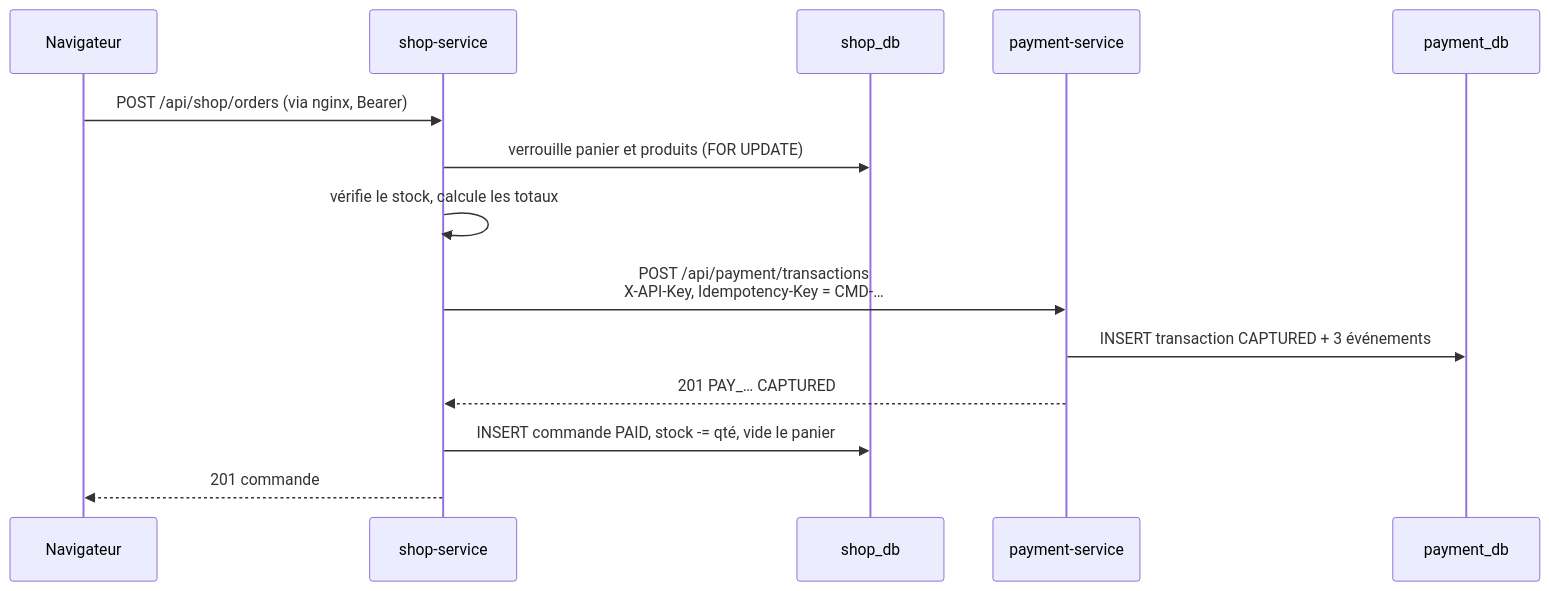
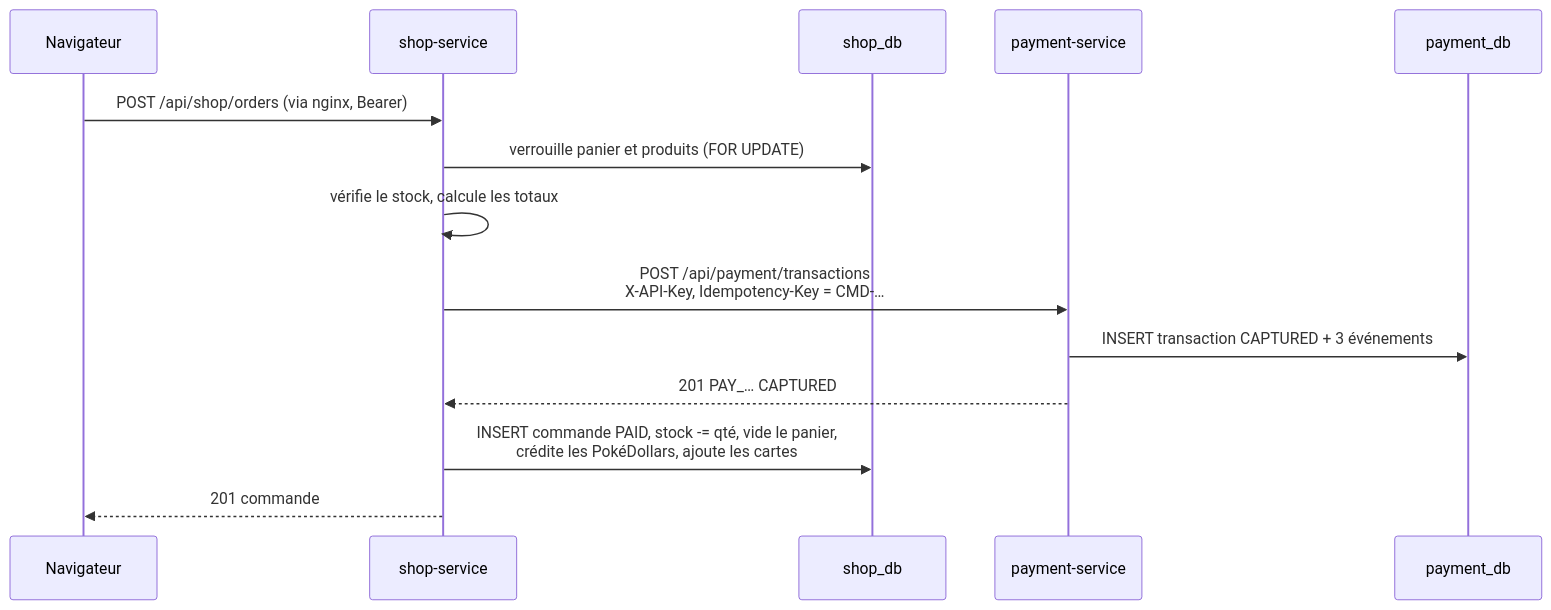
The diagram in documents/processus-commande-et-paiement.md (redarcepsi/workshop-novashop), drawn with Mermaid before and after one commit. The commit also changed other lines of this file and 91 other files, not shown here.

Commit message:
Refonte de la boutique : NovaShop devient PokéBling (cartes Pokémon, PokéDollars, boosters, collection)

````diff
--- a/documents/processus-commande-et-paiement.md
+++ b/documents/processus-commande-et-paiement.md
@@ -10,16 +10,16 @@
 ```mermaid
 sequenceDiagram
     participant B as Navigateur
     participant S as shop-service
     participant SDB as shop_db
     participant P as payment-service
     participant PDB as payment_db
     B->>S: POST /api/shop/orders (via nginx, Bearer)
     S->>SDB: verrouille panier et produits (FOR UPDATE)
     S->>S: vérifie le stock, calcule les totaux
     S->>P: POST /api/payment/transactions<br/>X-API-Key, Idempotency-Key = CMD-…
     P->>PDB: INSERT transaction CAPTURED + 3 événements
     P-->>S: 201 PAY_… CAPTURED
-    S->>SDB: INSERT commande PAID, stock -= qté, vide le panier
+    S->>SDB: INSERT commande PAID, stock -= qté, vide le panier,<br/>crédite les PokéDollars, ajoute les cartes
     S-->>B: 201 commande
 ```
````
